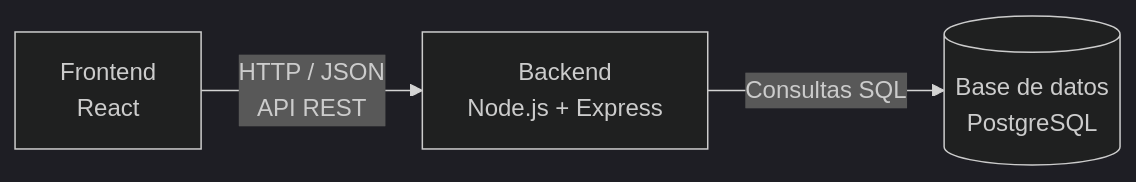
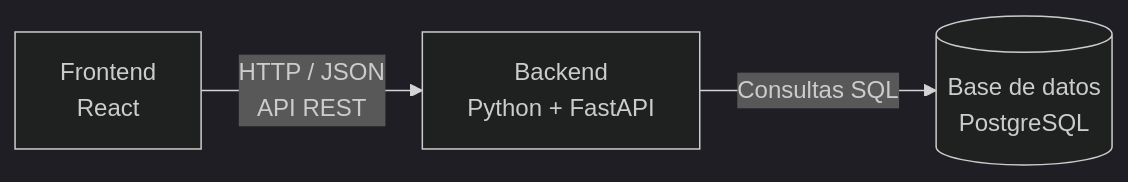
Before and after one commit to pao41/Trabajo-Final-Integrador: the diagram in docs/arquitectura.md, drawn with Mermaid (dark theme). The commit also changed other lines of this file and 3 other files, not shown here.

Commit message:
docs: actualizar el stack del backend a Python y FastAPI

````diff
--- a/docs/arquitectura.md
+++ b/docs/arquitectura.md
@@ -7,5 +7,5 @@
 ```mermaid
 flowchart LR
-    A[Frontend<br/>React] -->|HTTP / JSON<br/>API REST| B[Backend<br/>Node.js + Express]
+    A[Frontend<br/>React] -->|HTTP / JSON<br/>API REST| B[Backend<br/>Python + FastAPI]
     B -->|Consultas SQL| C[(Base de datos<br/>PostgreSQL)]
 ```
````
